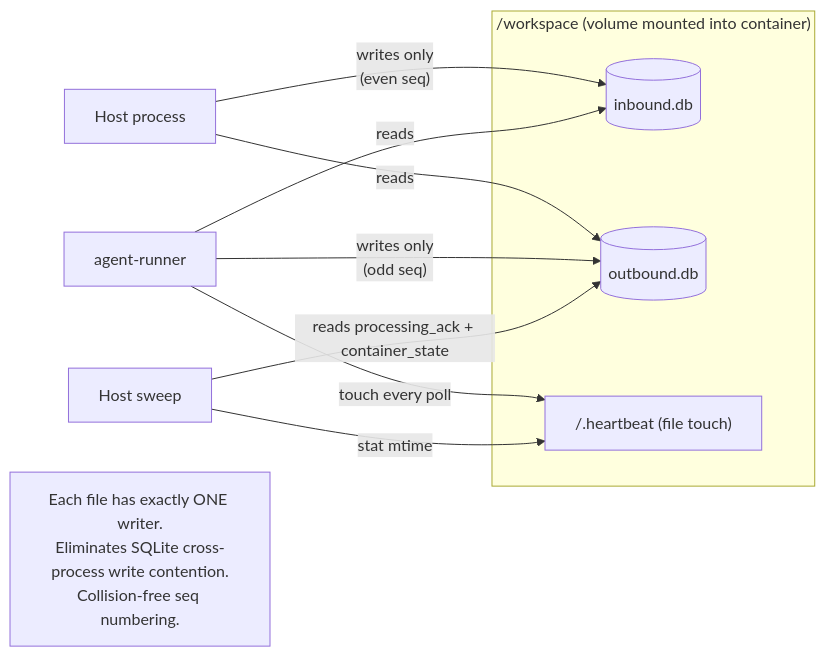
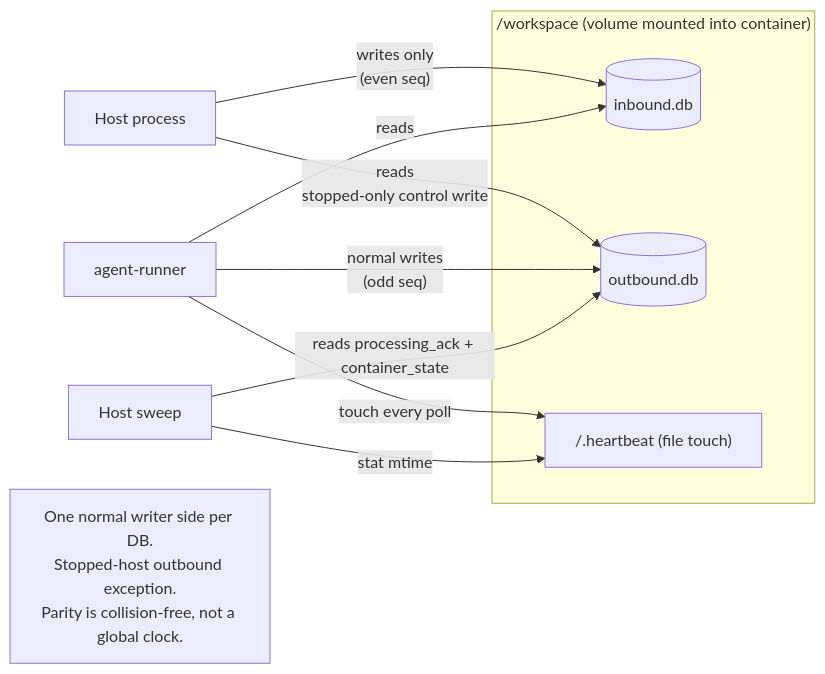
One commit to albanleandri/nanoclaw changed the fifth of 5 diagrams in docs/architecture-diagram.md. Above: the diagram before and after it, drawn with Mermaid. The commit also changed other lines of this file and 9 other files, not shown here.

Commit message:
docs(db): clarify sequence and writer invariants

````diff
--- a/docs/architecture-diagram.md
+++ b/docs/architecture-diagram.md
@@ -203,18 +203,18 @@
 ```mermaid
 flowchart LR
   subgraph Mount["/workspace (volume mounted into container)"]
     In[("inbound.db")]
     Out[("outbound.db")]
     HB["/.heartbeat (file touch)"]
   end
 
   Host[Host process] -->|"writes only<br/>(even seq)"| In
-  Host -->|reads| Out
+  Host -->|"reads<br/>stopped-only control write"| Out
   Container[agent-runner] -->|reads| In
-  Container -->|"writes only<br/>(odd seq)"| Out
+  Container -->|"normal writes<br/>(odd seq)"| Out
   Container -->|touch every poll| HB
   HostSweep[Host sweep] -->|stat mtime| HB
   HostSweep -->|reads processing_ack + container_state| Out
 
-  note1["Each file has exactly ONE writer.<br/>Eliminates SQLite cross-process write contention.<br/>Collision-free seq numbering."]
+  note1["One normal writer side per DB.<br/>Stopped-host outbound exception.<br/>Parity is collision-free, not a global clock."]
 ```
````
